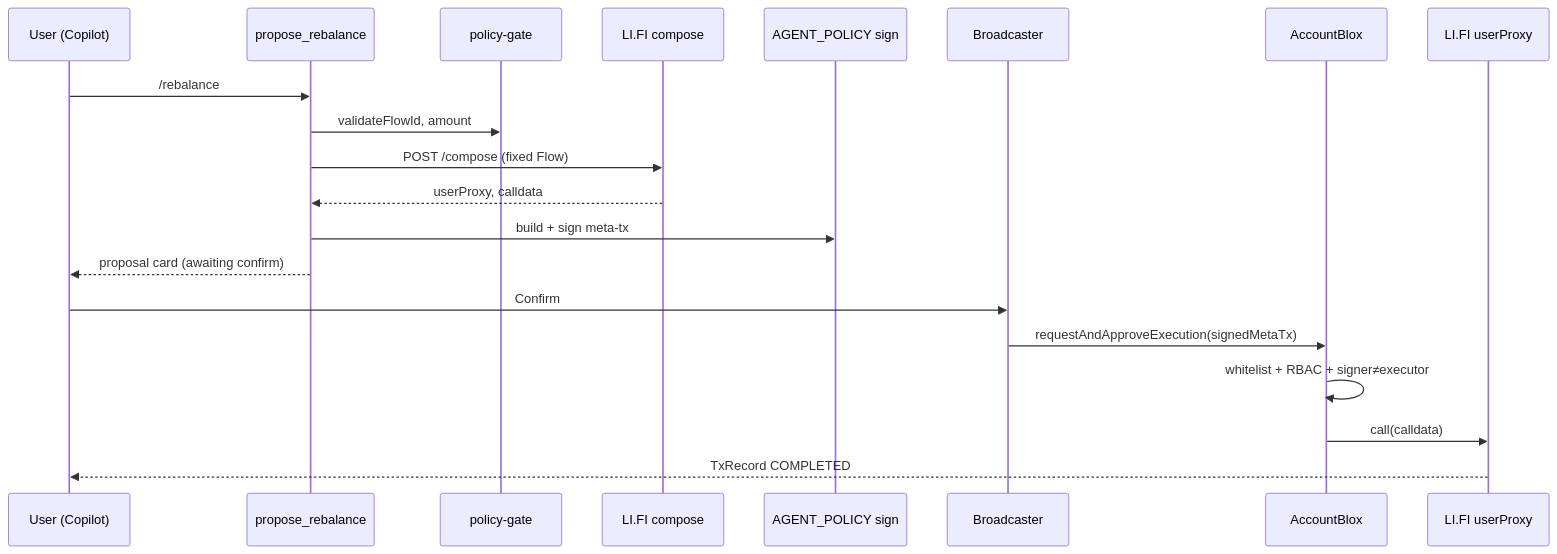
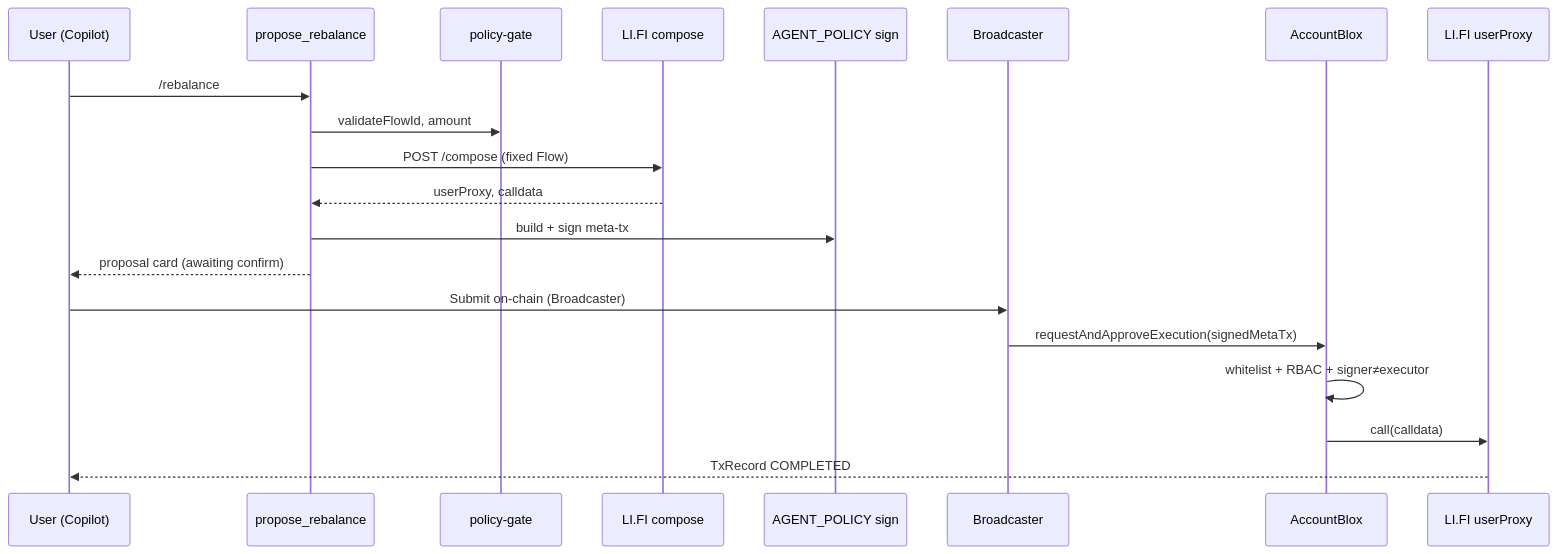
The first of 4 diagrams in docs/on-chain-execution-flow.md (PracticalParticle/AgentBlox), drawn with Mermaid before and after one commit. The commit also changed other lines of this file and 12 other files, not shown here.

````diff
--- a/docs/on-chain-execution-flow.md
+++ b/docs/on-chain-execution-flow.md
@@ -35,23 +35,23 @@
 ```mermaid
 sequenceDiagram
     participant User as User (Copilot)
     participant Tool as propose_rebalance
     participant Policy as policy-gate
     participant LI as LI.FI compose
     participant Sign as AGENT_POLICY sign
     participant BC as Broadcaster
     participant AB as AccountBlox
     participant Proxy as LI.FI userProxy
 
     User->>Tool: /rebalance
     Tool->>Policy: validateFlowId, amount
     Tool->>LI: POST /compose (fixed Flow)
     LI-->>Tool: userProxy, calldata
     Tool->>Sign: build + sign meta-tx
     Tool-->>User: proposal card (awaiting confirm)
-    User->>BC: Confirm
+    User->>BC: Submit on-chain (Broadcaster)
     BC->>AB: requestAndApproveExecution(signedMetaTx)
     AB->>AB: whitelist + RBAC + signer≠executor
     AB->>Proxy: call(calldata)
     Proxy-->>User: TxRecord COMPLETED
 ```
````
